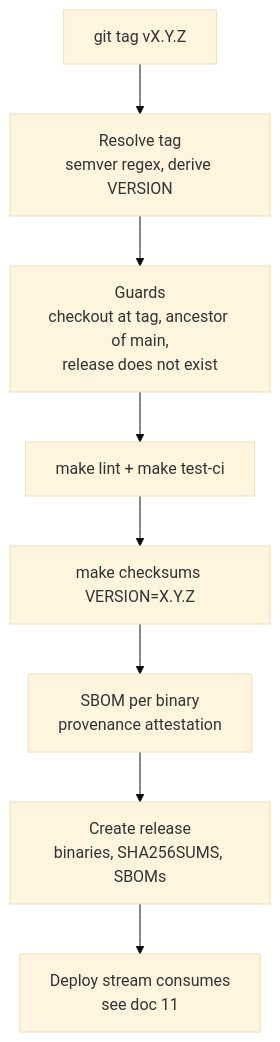
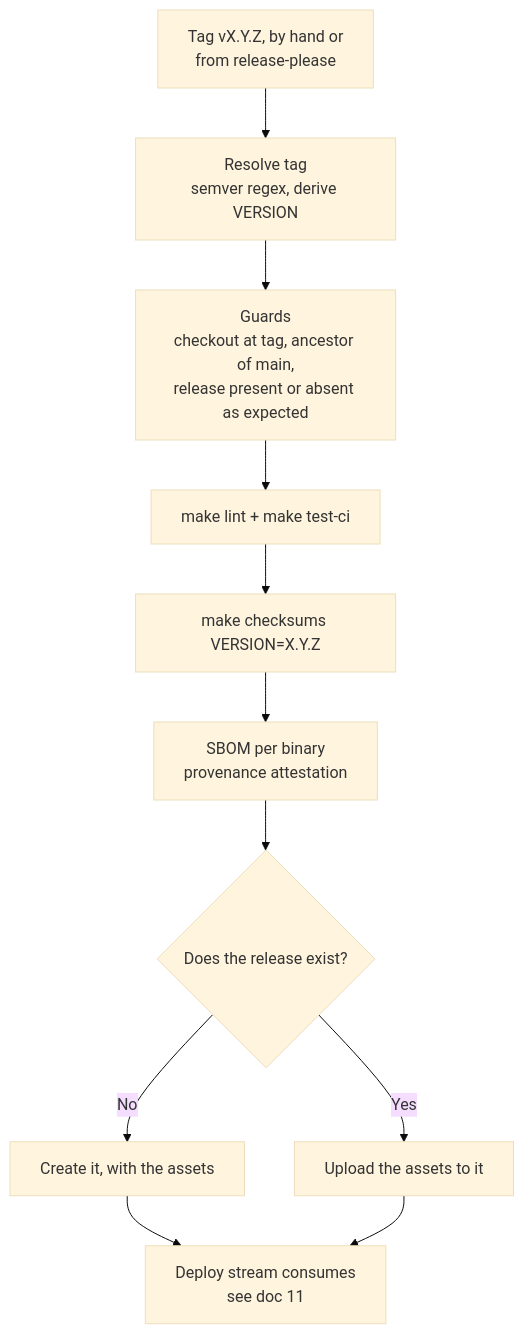
Before and after one commit to globallogicuki/vault-plugin-secrets-bifrost: the second of 2 diagrams in docs/12-build-and-release.md, drawn with Mermaid (base theme). The commit also changed other lines of this file and 4 other files, not shown here.

First line of the commit message:
docs: describe the conventional-commit release flow

````diff
--- a/docs/12-build-and-release.md
+++ b/docs/12-build-and-release.md
@@ -113,10 +159,13 @@
 ```mermaid
 flowchart TD
-    A[git tag vX.Y.Z] --> B[Resolve tag<br/>semver regex, derive VERSION]
-    B --> C[Guards<br/>checkout at tag, ancestor of main,<br/>release does not exist]
+    A[Tag vX.Y.Z, by hand or<br/>from release-please] --> B[Resolve tag<br/>semver regex, derive VERSION]
+    B --> C[Guards<br/>checkout at tag, ancestor of main,<br/>release present or absent as expected]
     C --> D[make lint + make test-ci]
     D --> E[make checksums VERSION=X.Y.Z]
     E --> F[SBOM per binary<br/>provenance attestation]
-    F --> G[Create release<br/>binaries, SHA256SUMS, SBOMs]
-    G --> H[Deploy stream consumes<br/>see doc 11]
+    F --> G{Does the release exist?}
+    G -->|No| H[Create it, with the assets]
+    G -->|Yes| I[Upload the assets to it]
+    H --> J[Deploy stream consumes<br/>see doc 11]
+    I --> J
 ```
````
